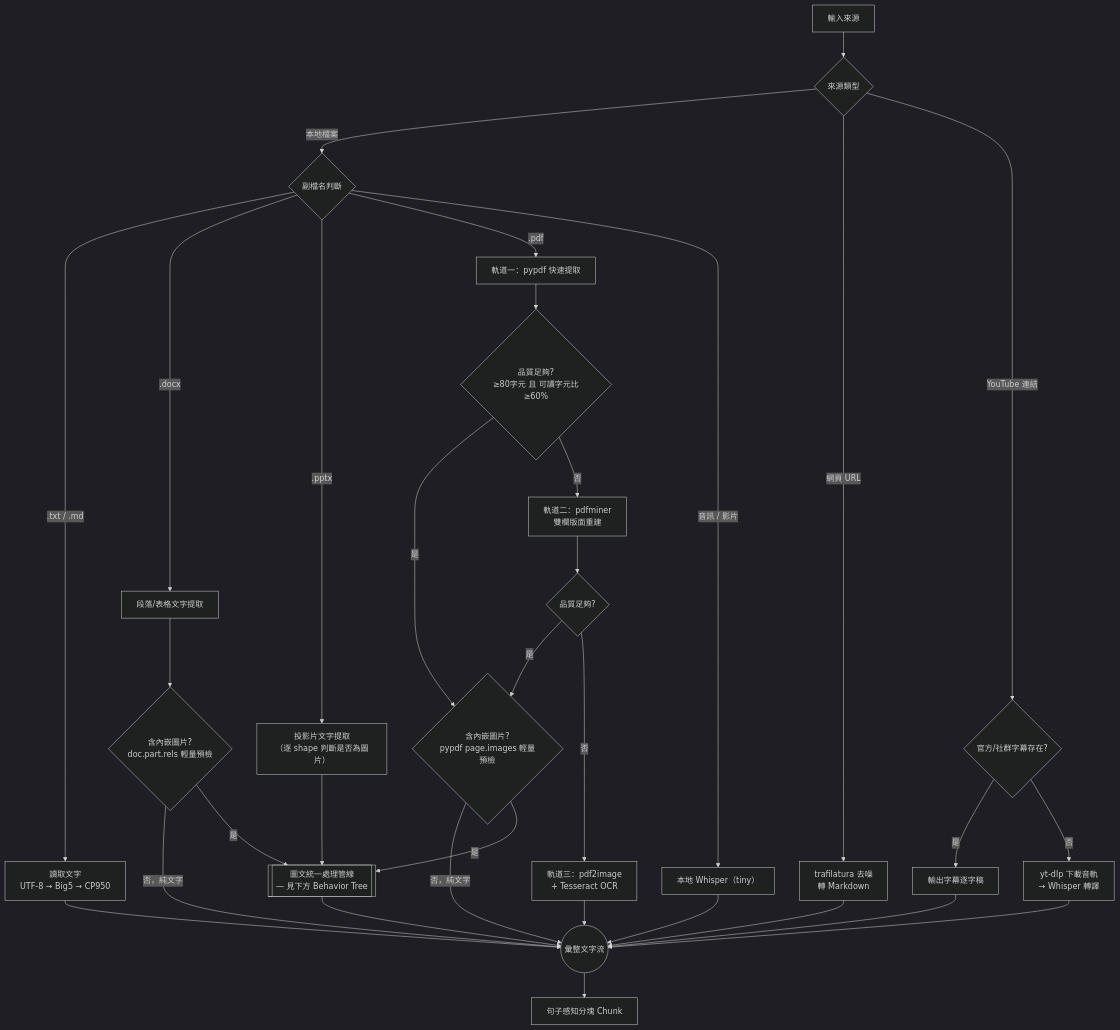
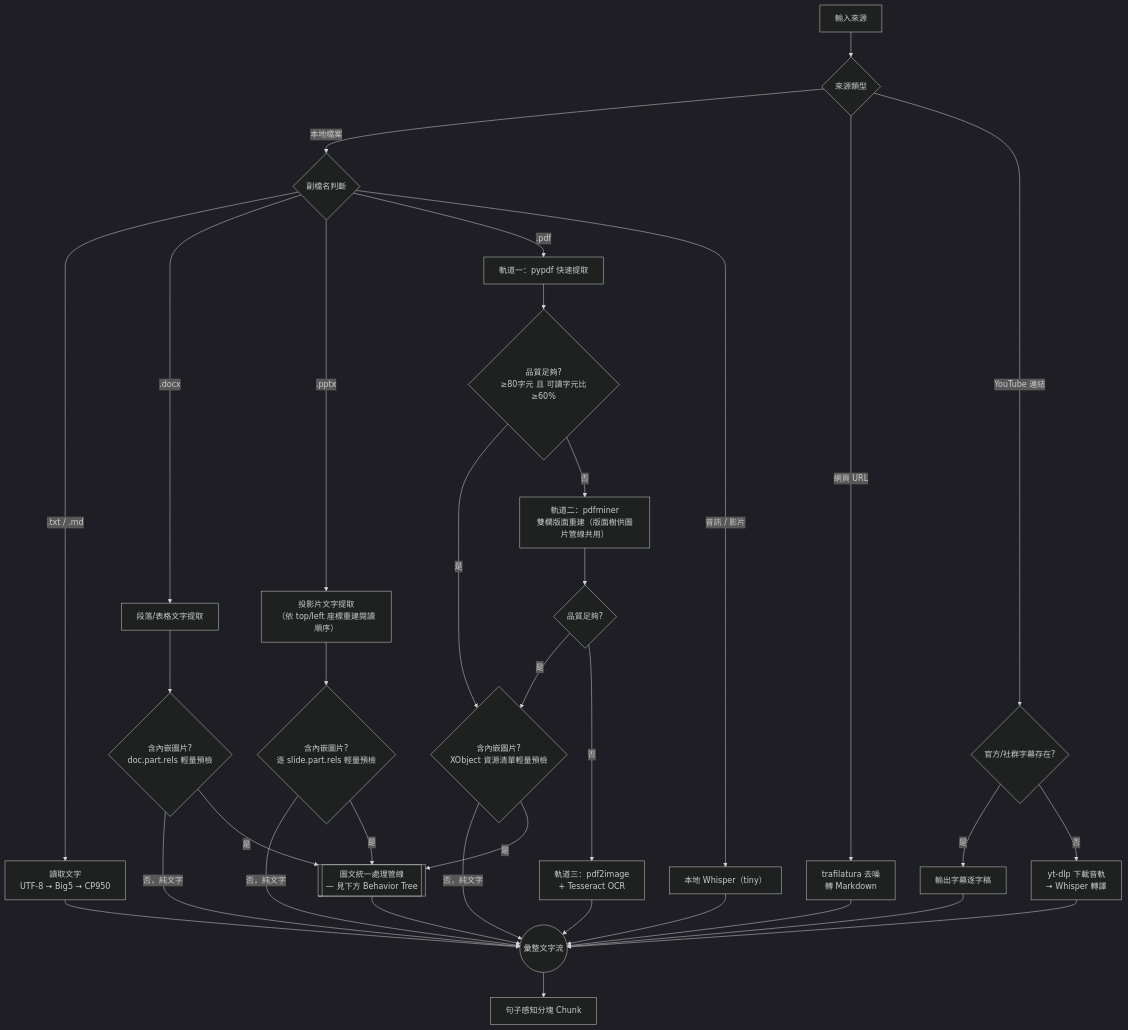
One commit to Chester930/world-knowledge-graph-rag changed the first of 2 diagrams in parser/README.md. Above: the diagram before and after it, drawn with Mermaid (dark theme). The commit also changed other lines of this file and 3 other files, not shown here.

````diff
--- a/parser/README.md
+++ b/parser/README.md
@@ -55,45 +55,47 @@
 ```mermaid
 flowchart TD
     IN[輸入來源] --> SRC{來源類型}
     SRC -->|本地檔案| EXT{副檔名判斷}
     SRC -->|網頁 URL| WEB["trafilatura 去噪<br/>轉 Markdown"]
     SRC -->|YouTube 連結| YT{官方/社群字幕存在?}
 
     EXT -->|.txt / .md| TXT["讀取文字<br/>UTF-8 → Big5 → CP950"]
     EXT -->|.docx| DOCXTXT["段落/表格文字提取"]
-    EXT -->|.pptx| PPTXTXT["投影片文字提取<br/>（逐 shape 判斷是否為圖片）"]
+    EXT -->|.pptx| PPTXTXT["投影片文字提取<br/>（依 top/left 座標重建閱讀順序）"]
     EXT -->|.pdf| T1["軌道一：pypdf 快速提取"]
     EXT -->|音訊 / 影片| AUD["本地 Whisper（tiny）"]
 
     T1 --> Q1{"品質足夠?<br/>≥80字元 且 可讀字元比≥60%"}
     Q1 -->|是| CHKPDF
-    Q1 -->|否| T2["軌道二：pdfminer<br/>雙欄版面重建"]
+    Q1 -->|否| T2["軌道二：pdfminer<br/>雙欄版面重建（版面樹供圖片管線共用）"]
     T2 --> Q2{品質足夠?}
     Q2 -->|是| CHKPDF
     Q2 -->|否| T3["軌道三：pdf2image<br/>+ Tesseract OCR"]
     T3 --> OUT
 
-    CHKPDF{"含內嵌圖片?<br/>pypdf page.images 輕量預檢"}
+    CHKPDF{"含內嵌圖片?<br/>XObject 資源清單輕量預檢"}
     CHKPDF -->|否，純文字| OUT
     CHKPDF -->|是| IMG
 
     DOCXTXT --> CHKDOCX{"含內嵌圖片?<br/>doc.part.rels 輕量預檢"}
     CHKDOCX -->|否，純文字| OUT
     CHKDOCX -->|是| IMG
 
-    PPTXTXT --> IMG
+    PPTXTXT --> CHKPPTX{"含內嵌圖片?<br/>逐 slide.part.rels 輕量預檢"}
+    CHKPPTX -->|否，純文字| OUT
+    CHKPPTX -->|是| IMG
 
     IMG[["圖文統一處理管線<br/>— 見下方 Behavior Tree"]]
     IMG --> OUT((彙整文字流))
 
     YT -->|是| SUB[輸出字幕逐字稿]
     YT -->|否| YTB["yt-dlp 下載音軌<br/>→ Whisper 轉譯"]
 
     SUB --> OUT
     YTB --> OUT
     WEB --> OUT
     TXT --> OUT
     AUD --> OUT
 
     OUT --> CHUNK[句子感知分塊 Chunk]
 ```
````
